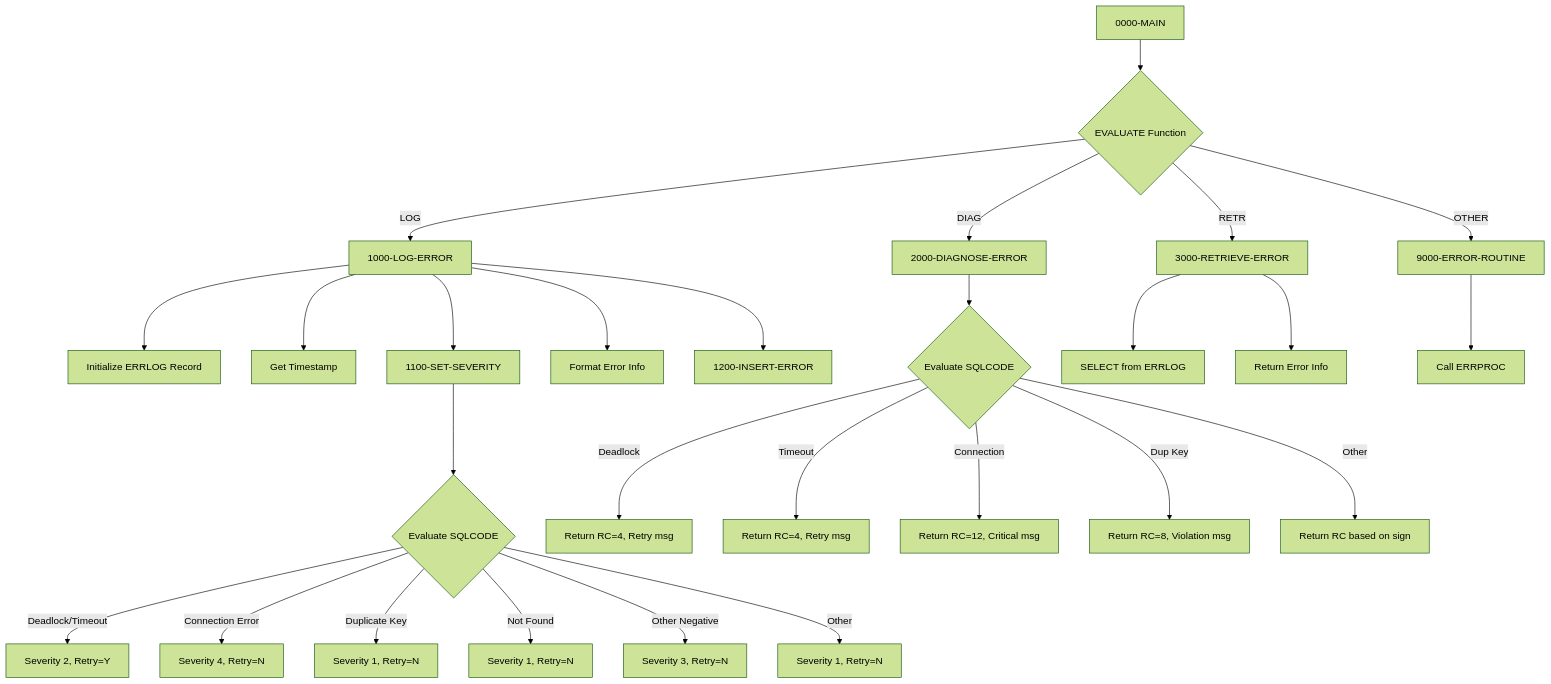
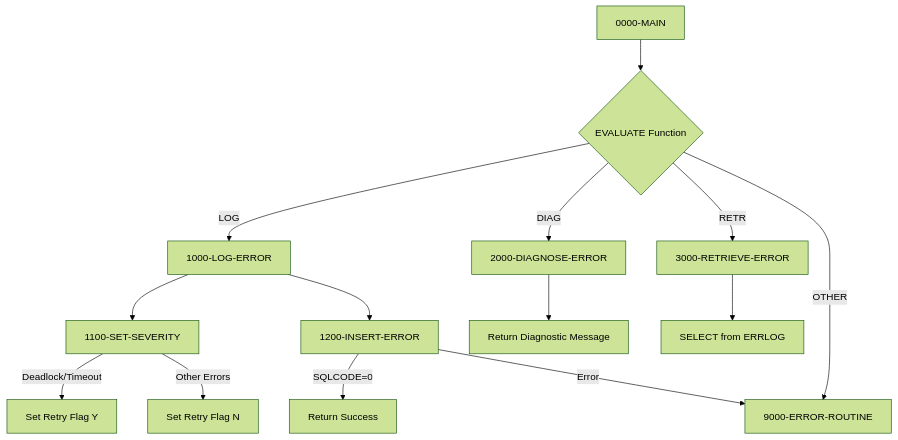
Before and after one commit to haladir-com/legacy-benchmark-docs-vb70e1: the diagram in docs/programs/DB2ERR.mdx, drawn with Mermaid (forest theme). The commit also changed other lines of this file and 63 other files, not shown here.

````diff
--- a/docs/programs/DB2ERR.mdx
+++ b/docs/programs/DB2ERR.mdx
@@ -16,34 +19,20 @@
 ```mermaid
 graph TD
     A[0000-MAIN] --> B{EVALUATE Function}
     B -->|LOG| C[1000-LOG-ERROR]
     B -->|DIAG| D[2000-DIAGNOSE-ERROR]
     B -->|RETR| E[3000-RETRIEVE-ERROR]
     B -->|OTHER| F[9000-ERROR-ROUTINE]
     
-    C --> C1[Initialize ERRLOG Record]
-    C --> C2[Get Timestamp]
-    C --> C3[1100-SET-SEVERITY]
-    C --> C4[Format Error Info]
-    C --> C5[1200-INSERT-ERROR]
+    C --> C1[1100-SET-SEVERITY]
+    C --> C2[1200-INSERT-ERROR]
     
-    C3 --> C3a{Evaluate SQLCODE}
-    C3a -->|Deadlock/Timeout| C3b[Severity 2, Retry=Y]
-    C3a -->|Connection Error| C3c[Severity 4, Retry=N]
-    C3a -->|Duplicate Key| C3d[Severity 1, Retry=N]
-    C3a -->|Not Found| C3e[Severity 1, Retry=N]
-    C3a -->|Other Negative| C3f[Severity 3, Retry=N]
-    C3a -->|Other| C3g[Severity 1, Retry=N]
+    C1 -->|Deadlock/Timeout| G[Set Retry Flag Y]
+    C1 -->|Other Errors| H[Set Retry Flag N]
     
-    D --> D1{Evaluate SQLCODE}
-    D1 -->|Deadlock| D2[Return RC=4, Retry msg]
-    D1 -->|Timeout| D3[Return RC=4, Retry msg]
-    D1 -->|Connection| D4[Return RC=12, Critical msg]
-    D1 -->|Dup Key| D5[Return RC=8, Violation msg]
-    D1 -->|Other| D6[Return RC based on sign]
+    C2 -->|SQLCODE=0| I[Return Success]
+    C2 -->|Error| F
     
-    E --> E1[SELECT from ERRLOG]
-    E --> E2[Return Error Info]
-    
-    F --> F1[Call ERRPROC]
+    D --> J[Return Diagnostic Message]
+    E --> K[SELECT from ERRLOG]
 ```
````
